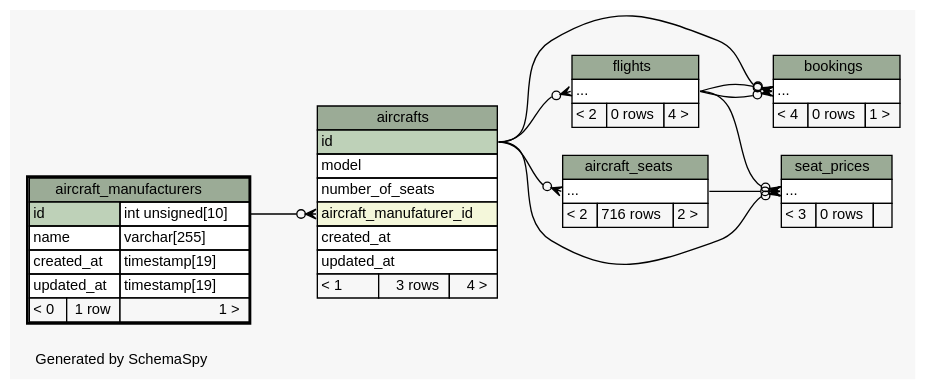
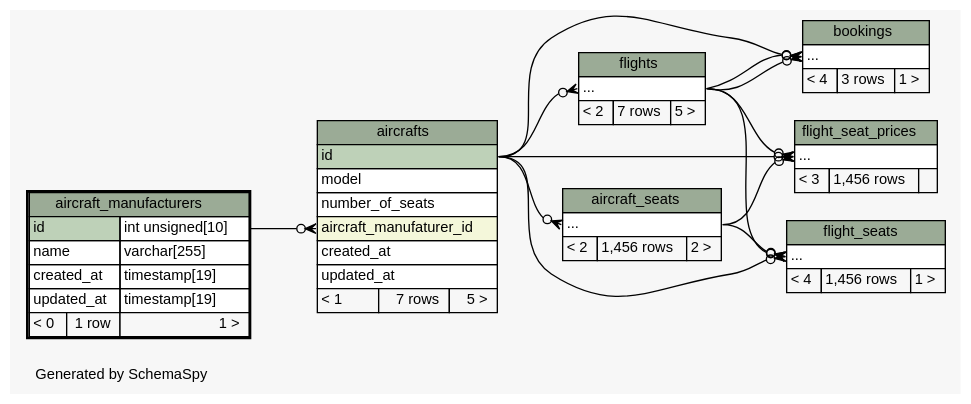
The diagram in web/app/database/schema/diagrams/aircraft_manufacturers.2degrees.dot (joaonzangoII/flightbookingsystem), drawn with Graphviz before and after one commit. The commit also changed 129 other files, not shown here.

```diff
--- a/web/app/database/schema/diagrams/aircraft_manufacturers.2degrees.dot
+++ b/web/app/database/schema/diagrams/aircraft_manufacturers.2degrees.dot
@@ -1,99 +1,112 @@
-// dot 2.38.0 on Linux 4.8.0-46-generic
+// dot 2.38.0 on Linux 4.8.0-49-generic
 // SchemaSpy rev 590
 digraph "twoDegreesRelationshipsDiagram" {
   graph [
     rankdir="RL"
     bgcolor="#f7f7f7"
     label="\nGenerated by SchemaSpy"
     labeljust="l"
     nodesep="0.18"
     ranksep="0.46"
     fontname="Helvetica"
     fontsize="11"
   ];
   node [
     fontname="Helvetica"
     fontsize="11"
     shape="plaintext"
   ];
   edge [
     arrowsize="0.8"
   ];
   "aircraft_seats":"elipses":w -> "aircrafts":"id":e [arrowhead=none dir=back arrowtail=crowodot];
   "aircrafts":"aircraft_manufaturer_id":w -> "aircraft_manufacturers":"id.type":e [arrowhead=none dir=back arrowtail=crowodot];
   "bookings":"elipses":w -> "aircrafts":"id":e [arrowhead=none dir=back arrowtail=crowodot];
   "bookings":"elipses":w -> "flights":"elipses":e [arrowhead=none dir=back arrowtail=crowodot];
   "bookings":"elipses":w -> "flights":"elipses":e [arrowhead=none dir=back arrowtail=crowodot];
+  "flight_seat_prices":"elipses":w -> "aircrafts":"id":e [arrowhead=none dir=back arrowtail=crowodot];
+  "flight_seat_prices":"elipses":w -> "flights":"elipses":e [arrowhead=none dir=back arrowtail=crowodot];
+  "flight_seat_prices":"elipses":w -> "aircraft_seats":"elipses":e [arrowhead=none dir=back arrowtail=crowodot];
+  "flight_seats":"elipses":w -> "aircrafts":"id":e [arrowhead=none dir=back arrowtail=crowodot];
+  "flight_seats":"elipses":w -> "aircraft_seats":"elipses":e [arrowhead=none dir=back arrowtail=crowodot];
+  "flight_seats":"elipses":w -> "flights":"elipses":e [arrowhead=none dir=back arrowtail=crowodot];
   "flights":"elipses":w -> "aircrafts":"id":e [arrowhead=none dir=back arrowtail=crowodot];
-  "seat_prices":"elipses":w -> "aircrafts":"id":e [arrowhead=none dir=back arrowtail=crowodot];
-  "seat_prices":"elipses":w -> "aircraft_seats":"elipses":e [arrowhead=none dir=back arrowtail=crowodot];
-  "seat_prices":"elipses":w -> "flights":"elipses":e [arrowhead=none dir=back arrowtail=crowodot];
   "aircraft_manufacturers" [
     label=<
     <TABLE BORDER="2" CELLBORDER="1" CELLSPACING="0" BGCOLOR="#ffffff">
       <TR><TD COLSPAN="3" BGCOLOR="#9bab96" ALIGN="CENTER">aircraft_manufacturers</TD></TR>
       <TR><TD PORT="id" COLSPAN="2" BGCOLOR="#bed1b8" ALIGN="LEFT">id</TD><TD PORT="id.type" ALIGN="LEFT">int unsigned[10]</TD></TR>
       <TR><TD PORT="name" COLSPAN="2" ALIGN="LEFT">name</TD><TD PORT="name.type" ALIGN="LEFT">varchar[255]</TD></TR>
       <TR><TD PORT="created_at" COLSPAN="2" ALIGN="LEFT">created_at</TD><TD PORT="created_at.type" ALIGN="LEFT">timestamp[19]</TD></TR>
       <TR><TD PORT="updated_at" COLSPAN="2" ALIGN="LEFT">updated_at</TD><TD PORT="updated_at.type" ALIGN="LEFT">timestamp[19]</TD></TR>
       <TR><TD ALIGN="LEFT" BGCOLOR="#f7f7f7">&lt; 0</TD><TD ALIGN="RIGHT" BGCOLOR="#f7f7f7">1 row</TD><TD ALIGN="RIGHT" BGCOLOR="#f7f7f7">1 &gt;</TD></TR>
     </TABLE>>
     URL="aircraft_manufacturers.html"
     tooltip="aircraft_manufacturers"
   ];
   "aircraft_seats" [
     label=<
     <TABLE BORDER="0" CELLBORDER="1" CELLSPACING="0" BGCOLOR="#ffffff">
       <TR><TD COLSPAN="3" BGCOLOR="#9bab96" ALIGN="CENTER">aircraft_seats</TD></TR>
       <TR><TD PORT="elipses" COLSPAN="3" ALIGN="LEFT">...</TD></TR>
-      <TR><TD ALIGN="LEFT" BGCOLOR="#f7f7f7">&lt; 2</TD><TD ALIGN="RIGHT" BGCOLOR="#f7f7f7">716 rows</TD><TD ALIGN="RIGHT" BGCOLOR="#f7f7f7">2 &gt;</TD></TR>
+      <TR><TD ALIGN="LEFT" BGCOLOR="#f7f7f7">&lt; 2</TD><TD ALIGN="RIGHT" BGCOLOR="#f7f7f7">1,456 rows</TD><TD ALIGN="RIGHT" BGCOLOR="#f7f7f7">2 &gt;</TD></TR>
     </TABLE>>
     URL="aircraft_seats.html"
     tooltip="aircraft_seats"
   ];
   "aircrafts" [
     label=<
     <TABLE BORDER="0" CELLBORDER="1" CELLSPACING="0" BGCOLOR="#ffffff">
       <TR><TD COLSPAN="3" BGCOLOR="#9bab96" ALIGN="CENTER">aircrafts</TD></TR>
       <TR><TD PORT="id" COLSPAN="3" BGCOLOR="#bed1b8" ALIGN="LEFT">id</TD></TR>
       <TR><TD PORT="model" COLSPAN="3" ALIGN="LEFT">model</TD></TR>
       <TR><TD PORT="number_of_seats" COLSPAN="3" ALIGN="LEFT">number_of_seats</TD></TR>
       <TR><TD PORT="aircraft_manufaturer_id" COLSPAN="3" BGCOLOR="#f4f7da" ALIGN="LEFT">aircraft_manufaturer_id</TD></TR>
       <TR><TD PORT="created_at" COLSPAN="3" ALIGN="LEFT">created_at</TD></TR>
       <TR><TD PORT="updated_at" COLSPAN="3" ALIGN="LEFT">updated_at</TD></TR>
-      <TR><TD ALIGN="LEFT" BGCOLOR="#f7f7f7">&lt; 1</TD><TD ALIGN="RIGHT" BGCOLOR="#f7f7f7">3 rows</TD><TD ALIGN="RIGHT" BGCOLOR="#f7f7f7">4 &gt;</TD></TR>
+      <TR><TD ALIGN="LEFT" BGCOLOR="#f7f7f7">&lt; 1</TD><TD ALIGN="RIGHT" BGCOLOR="#f7f7f7">7 rows</TD><TD ALIGN="RIGHT" BGCOLOR="#f7f7f7">5 &gt;</TD></TR>
     </TABLE>>
     URL="aircrafts.html"
     tooltip="aircrafts"
   ];
   "bookings" [
     label=<
     <TABLE BORDER="0" CELLBORDER="1" CELLSPACING="0" BGCOLOR="#ffffff">
       <TR><TD COLSPAN="3" BGCOLOR="#9bab96" ALIGN="CENTER">bookings</TD></TR>
       <TR><TD PORT="elipses" COLSPAN="3" ALIGN="LEFT">...</TD></TR>
-      <TR><TD ALIGN="LEFT" BGCOLOR="#f7f7f7">&lt; 4</TD><TD ALIGN="RIGHT" BGCOLOR="#f7f7f7">0 rows</TD><TD ALIGN="RIGHT" BGCOLOR="#f7f7f7">1 &gt;</TD></TR>
+      <TR><TD ALIGN="LEFT" BGCOLOR="#f7f7f7">&lt; 4</TD><TD ALIGN="RIGHT" BGCOLOR="#f7f7f7">3 rows</TD><TD ALIGN="RIGHT" BGCOLOR="#f7f7f7">1 &gt;</TD></TR>
     </TABLE>>
     URL="bookings.html"
     tooltip="bookings"
+  ];
+  "flight_seat_prices" [
+    label=<
+    <TABLE BORDER="0" CELLBORDER="1" CELLSPACING="0" BGCOLOR="#ffffff">
+      <TR><TD COLSPAN="3" BGCOLOR="#9bab96" ALIGN="CENTER">flight_seat_prices</TD></TR>
+      <TR><TD PORT="elipses" COLSPAN="3" ALIGN="LEFT">...</TD></TR>
+      <TR><TD ALIGN="LEFT" BGCOLOR="#f7f7f7">&lt; 3</TD><TD ALIGN="RIGHT" BGCOLOR="#f7f7f7">1,456 rows</TD><TD ALIGN="RIGHT" BGCOLOR="#f7f7f7">  </TD></TR>
+    </TABLE>>
+    URL="flight_seat_prices.html"
+    tooltip="flight_seat_prices"
+  ];
+  "flight_seats" [
+    label=<
+    <TABLE BORDER="0" CELLBORDER="1" CELLSPACING="0" BGCOLOR="#ffffff">
+      <TR><TD COLSPAN="3" BGCOLOR="#9bab96" ALIGN="CENTER">flight_seats</TD></TR>
+      <TR><TD PORT="elipses" COLSPAN="3" ALIGN="LEFT">...</TD></TR>
+      <TR><TD ALIGN="LEFT" BGCOLOR="#f7f7f7">&lt; 4</TD><TD ALIGN="RIGHT" BGCOLOR="#f7f7f7">1,456 rows</TD><TD ALIGN="RIGHT" BGCOLOR="#f7f7f7">1 &gt;</TD></TR>
+    </TABLE>>
+    URL="flight_seats.html"
+    tooltip="flight_seats"
   ];
   "flights" [
     label=<
     <TABLE BORDER="0" CELLBORDER="1" CELLSPACING="0" BGCOLOR="#ffffff">
       <TR><TD COLSPAN="3" BGCOLOR="#9bab96" ALIGN="CENTER">flights</TD></TR>
       <TR><TD PORT="elipses" COLSPAN="3" ALIGN="LEFT">...</TD></TR>
-      <TR><TD ALIGN="LEFT" BGCOLOR="#f7f7f7">&lt; 2</TD><TD ALIGN="RIGHT" BGCOLOR="#f7f7f7">0 rows</TD><TD ALIGN="RIGHT" BGCOLOR="#f7f7f7">4 &gt;</TD></TR>
+      <TR><TD ALIGN="LEFT" BGCOLOR="#f7f7f7">&lt; 2</TD><TD ALIGN="RIGHT" BGCOLOR="#f7f7f7">7 rows</TD><TD ALIGN="RIGHT" BGCOLOR="#f7f7f7">5 &gt;</TD></TR>
     </TABLE>>
     URL="flights.html"
     tooltip="flights"
   ];
-  "seat_prices" [
-    label=<
-    <TABLE BORDER="0" CELLBORDER="1" CELLSPACING="0" BGCOLOR="#ffffff">
-      <TR><TD COLSPAN="3" BGCOLOR="#9bab96" ALIGN="CENTER">seat_prices</TD></TR>
-      <TR><TD PORT="elipses" COLSPAN="3" ALIGN="LEFT">...</TD></TR>
-      <TR><TD ALIGN="LEFT" BGCOLOR="#f7f7f7">&lt; 3</TD><TD ALIGN="RIGHT" BGCOLOR="#f7f7f7">0 rows</TD><TD ALIGN="RIGHT" BGCOLOR="#f7f7f7">  </TD></TR>
-    </TABLE>>
-    URL="seat_prices.html"
-    tooltip="seat_prices"
-  ];
 }
```
